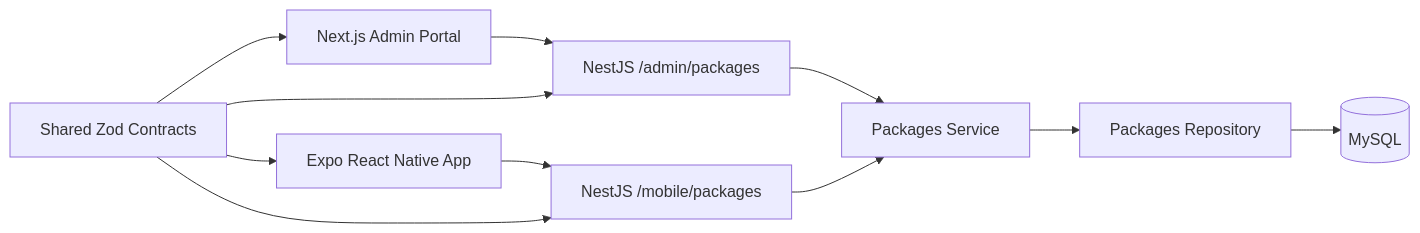
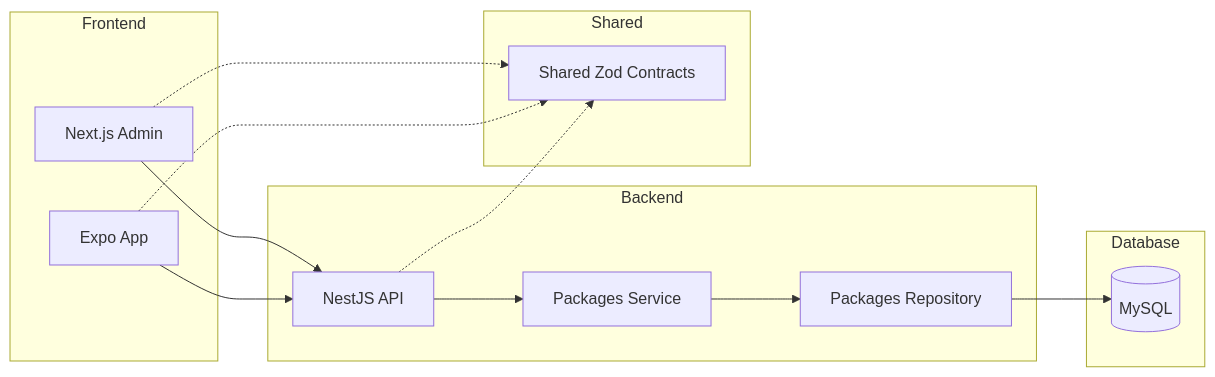
One commit to fauzanalghifary/wellness-package-management-system changed the diagram in docs/design.md. Above: the diagram before and after it, drawn with Mermaid.

Commit message:
docs(design): update architecture diagram with refined structure and relationships

````diff
--- a/docs/design.md
+++ b/docs/design.md
@@ -22,13 +22,32 @@
 ```mermaid
 flowchart LR
-  Admin["Next.js Admin Portal"] --> AdminApi["NestJS /admin/packages"]
-  Mobile["Expo React Native App"] --> MobileApi["NestJS /mobile/packages"]
-  AdminApi --> Service["Packages Service"]
-  MobileApi --> Service
-  Service --> Repo["Packages Repository"]
-  Repo --> MySQL[("MySQL")]
-  Shared["Shared Zod Contracts"] --> Admin
-  Shared --> Mobile
-  Shared --> AdminApi
-  Shared --> MobileApi
+   subgraph Frontend
+      Admin["Next.js Admin"]
+      Mobile["Expo App"]
+   end
+
+   subgraph Backend
+      API["NestJS API"]
+      Service["Packages Service"]
+      Repo["Packages Repository"]
+   end
+
+   subgraph Shared
+      Zod["Shared Zod Contracts"]
+   end
+
+   subgraph Database
+      MySQL[("MySQL")]
+   end
+
+   Admin --> API
+   Mobile --> API
+
+   API --> Service
+   Service --> Repo
+   Repo --> MySQL
+
+   Admin -.-> Zod
+   Mobile -.-> Zod
+   API -.-> Zod
 ```
````
